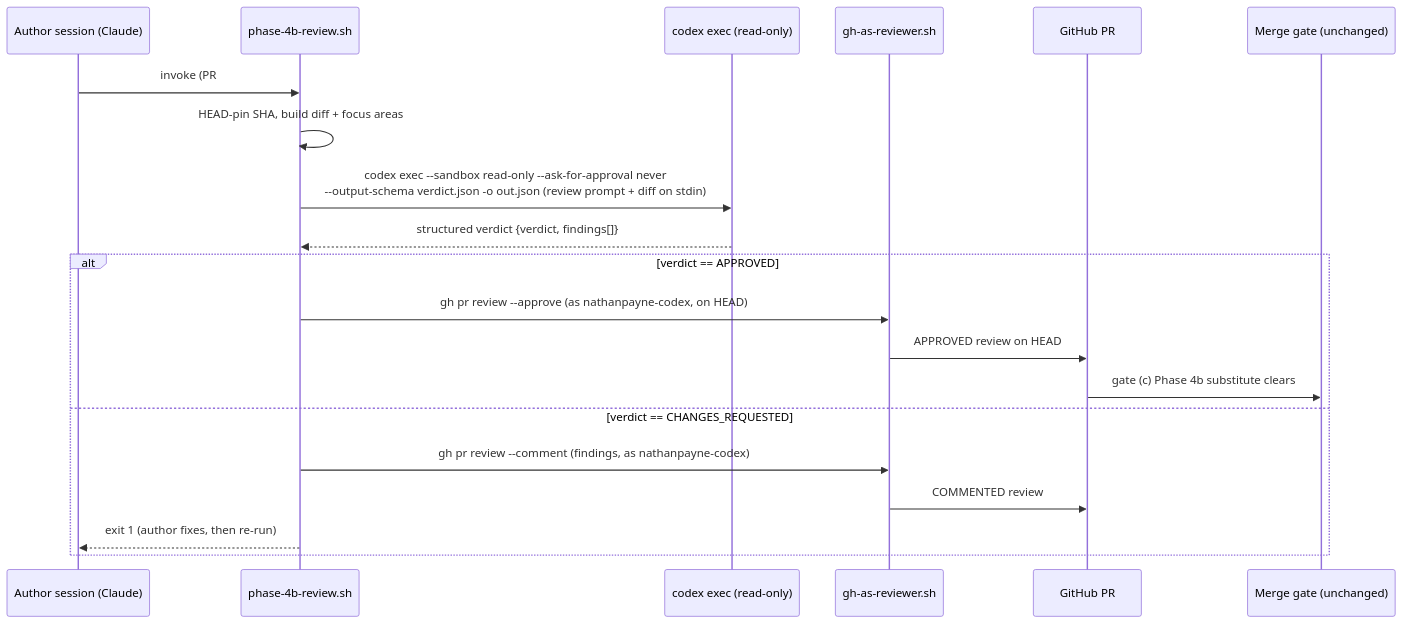
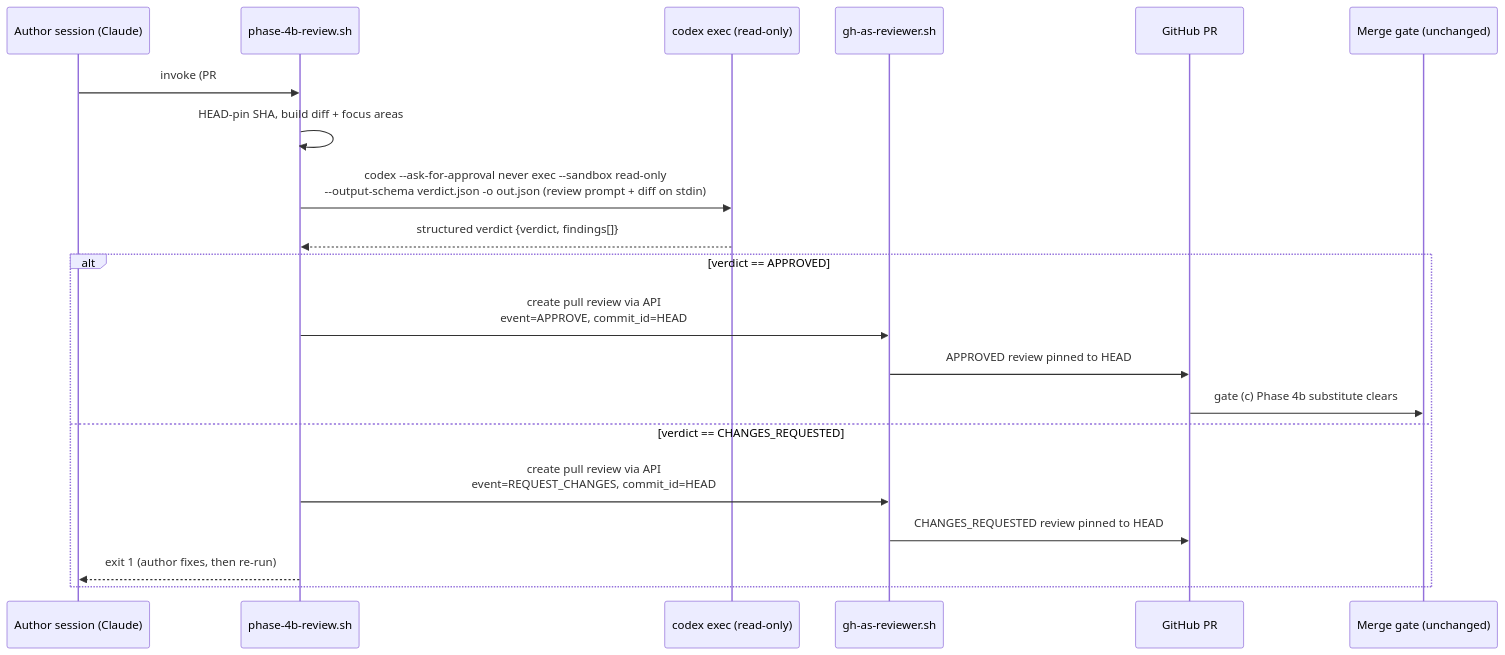
The fourth of 6 diagrams in plans/automated-phase-4b-handoff.md (nathanjohnpayne/mergepath), drawn with Mermaid before and after one commit. The commit also changed other lines of this file and 9 other files, not shown here.

````diff
--- a/plans/automated-phase-4b-handoff.md
+++ b/plans/automated-phase-4b-handoff.md
@@ -186,23 +186,23 @@
 ```mermaid
 sequenceDiagram
     participant CL as Author session (Claude)
     participant OR as phase-4b-review.sh
     participant CX as codex exec (read-only)
     participant GR as gh-as-reviewer.sh
     participant PR as GitHub PR
     participant MG as Merge gate (unchanged)
 
     CL->>OR: invoke (PR#, direction=claude->codex)
     OR->>OR: HEAD-pin SHA, build diff + focus areas
-    OR->>CX: codex exec --sandbox read-only --ask-for-approval never<br/>--output-schema verdict.json -o out.json (review prompt + diff on stdin)
+    OR->>CX: codex --ask-for-approval never exec --sandbox read-only<br/>--output-schema verdict.json -o out.json (review prompt + diff on stdin)
     CX-->>OR: structured verdict {verdict, findings[]}
     alt verdict == APPROVED
-        OR->>GR: gh pr review --approve (as nathanpayne-codex, on HEAD)
-        GR->>PR: APPROVED review on HEAD
+        OR->>GR: create pull review via API<br/>event=APPROVE, commit_id=HEAD
+        GR->>PR: APPROVED review pinned to HEAD
         PR->>MG: gate (c) Phase 4b substitute clears
     else verdict == CHANGES_REQUESTED
-        OR->>GR: gh pr review --comment (findings, as nathanpayne-codex)
-        GR->>PR: COMMENTED review
+        OR->>GR: create pull review via API<br/>event=REQUEST_CHANGES, commit_id=HEAD
+        GR->>PR: CHANGES_REQUESTED review pinned to HEAD
         OR-->>CL: exit 1 (author fixes, then re-run)
     end
 ```
````
